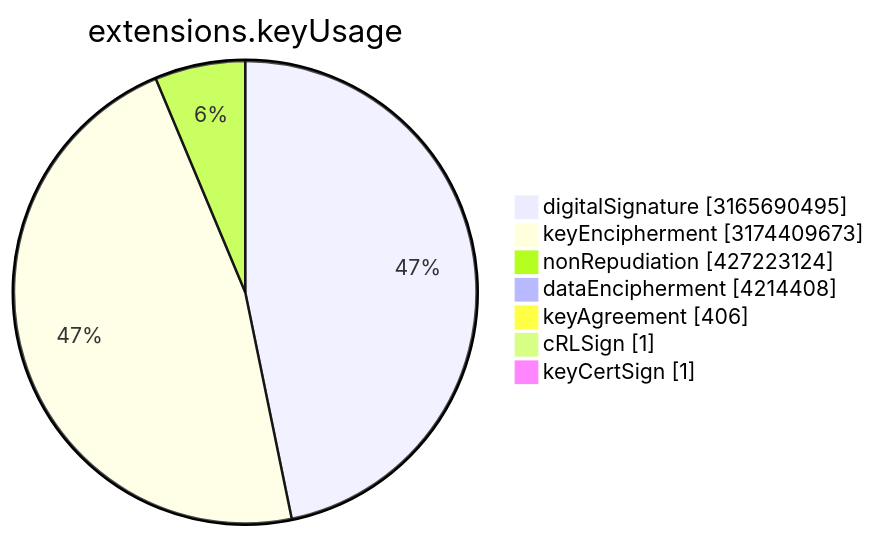
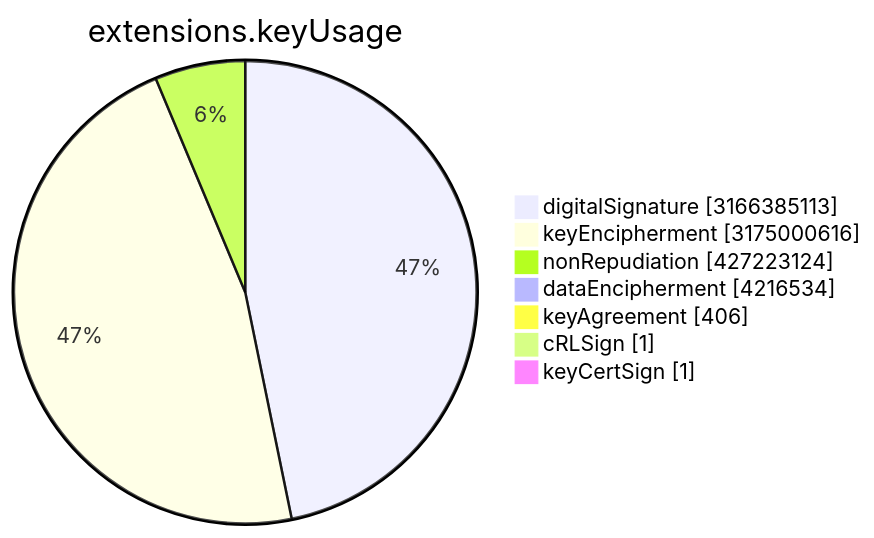
The sixth of 15 diagrams in TOTAL/README.md (christiankrug/ctmonitor_visualization), drawn with Mermaid before and after one commit. The commit also changed other lines of this file, not shown here.

````diff
--- a/TOTAL/README.md
+++ b/TOTAL/README.md
@@ -3077,11 +3077,11 @@
 ```mermaid
 pie showData
 title extensions.keyUsage
-"digitalSignature" :3165690495
-"keyEncipherment" :3174409673
+"digitalSignature" :3166385113
+"keyEncipherment" :3175000616
 "nonRepudiation" :427223124
-"dataEncipherment" :4214408
+"dataEncipherment" :4216534
 "keyAgreement" :406
 "cRLSign" :1
 "keyCertSign" :1
 ```
````
